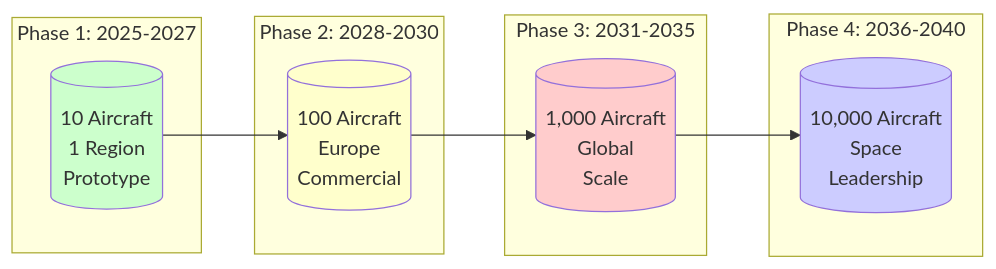
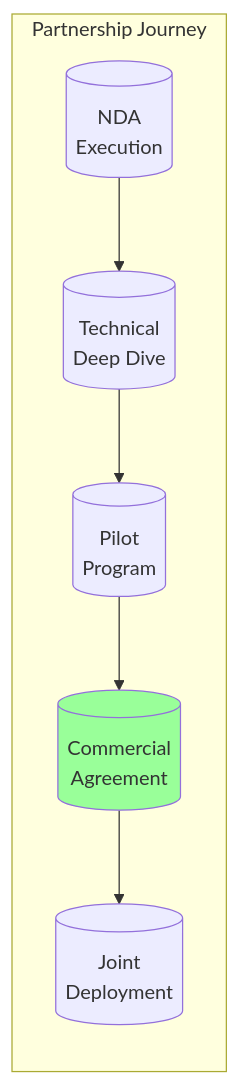
The sixth of 6 diagrams in README.md (Robbbo-T/Robbbo-T), drawn with Mermaid before and after one commit. The commit also changed other lines of this file, not shown here.

````diff
--- a/README.md
+++ b/README.md
@@ -556,27 +593,17 @@
 ```mermaid
 graph LR
-    subgraph "Phase 1: 2025-2027"
-        P1[("10 Aircraft<br/>1 Region<br/>Prototype")]
+    subgraph "Partnership Journey"
+        NDA[("NDA<br/>Execution")]
+        TECH[("Technical<br/>Deep Dive")]
+        PILOT[("Pilot<br/>Program")]
+        CONTRACT[("Commercial<br/>Agreement")]
+        DEPLOY[("Joint<br/>Deployment")]
     end
     
-    subgraph "Phase 2: 2028-2030"
-        P2[("100 Aircraft<br/>Europe<br/>Commercial")]
-    end
+    NDA --> TECH
+    TECH --> PILOT
+    PILOT --> CONTRACT
+    CONTRACT --> DEPLOY
     
-    subgraph "Phase 3: 2031-2035"
-        P3[("1,000 Aircraft<br/>Global<br/>Scale")]
-    end
-    
-    subgraph "Phase 4: 2036-2040"
-        P4[("10,000 Aircraft<br/>Space<br/>Leadership")]
-    end
-    
-    P1 --> P2
-    P2 --> P3
-    P3 --> P4
-    
-    style P1 fill:#ccffcc
-    style P2 fill:#ffffcc
-    style P3 fill:#ffcccc
-    style P4 fill:#ccccff
+    style CONTRACT fill:#99ff99
 ```
````
